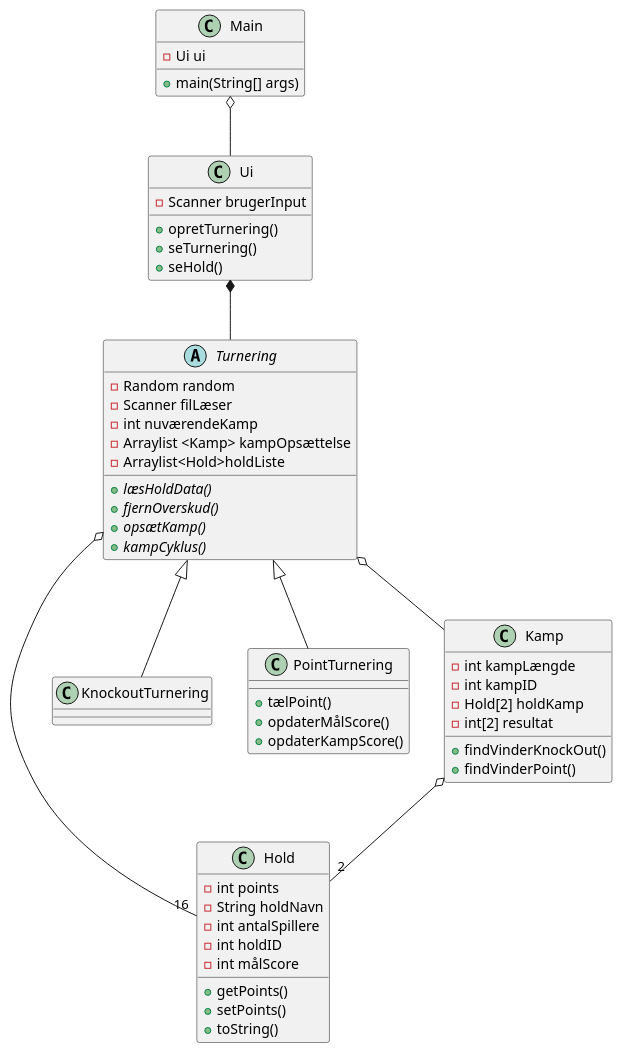
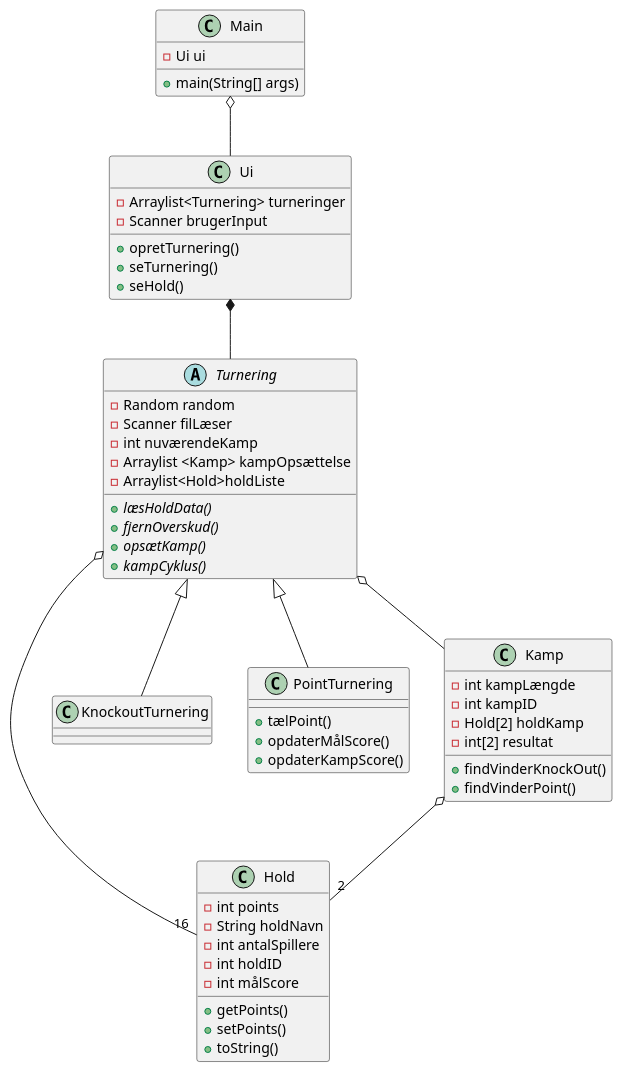
Before and after one commit to Datamatiker-A3/SP3: the diagram in SP3/src/UML/Klassediagram.puml, drawn with PlantUML.

Commit message:
Hello det er Anders, ændrede Klassediagram.puml

```diff
--- a/SP3/src/UML/Klassediagram.puml
+++ b/SP3/src/UML/Klassediagram.puml
@@ -1,70 +1,71 @@
 @startuml
 'https://plantuml.com/class-diagram
 
 abstract class Turnering
 class Main
 class Hold
 class KnockoutTurnering
 class PointTurnering
 class Kamp
 Main o-- Ui
 Ui *-- Turnering
 Turnering <|-- KnockoutTurnering
 Turnering<|-- PointTurnering
 Turnering o-- "16" Hold
 Turnering o-- Kamp
 Kamp o-- "2" Hold
 
 class Ui{
+ - Arraylist<Turnering> turneringer
  - Scanner brugerInput
  + opretTurnering()
  + seTurnering()
  + seHold()
 }
 
 class Main {
  + main(String[] args)
  - Ui ui
 }
 class Kamp{
 - int kampLængde
 - int kampID
 - Hold[2] holdKamp
 - int[2] resultat
 + findVinderKnockOut()
 + findVinderPoint()
 }
 
 class Hold{
 - int points
 - String holdNavn
 - int antalSpillere
 - int holdID
 - int målScore
 + getPoints()
 + setPoints()
 + toString()
 
 }
 abstract class Turnering{
 - Random random
 - Scanner filLæser
 - int nuværendeKamp
 - Arraylist <Kamp> kampOpsættelse
 - Arraylist<Hold>holdListe
 + {abstract}læsHoldData()
 + {abstract}fjernOverskud()
 + {abstract}opsætKamp()
 + {abstract}kampCyklus()
 }
 class KnockoutTurnering{
 
 }
 class PointTurnering{
 + tælPoint()
 + opdaterMålScore()
 + opdaterKampScore()
 }
 
 
 @enduml
```
